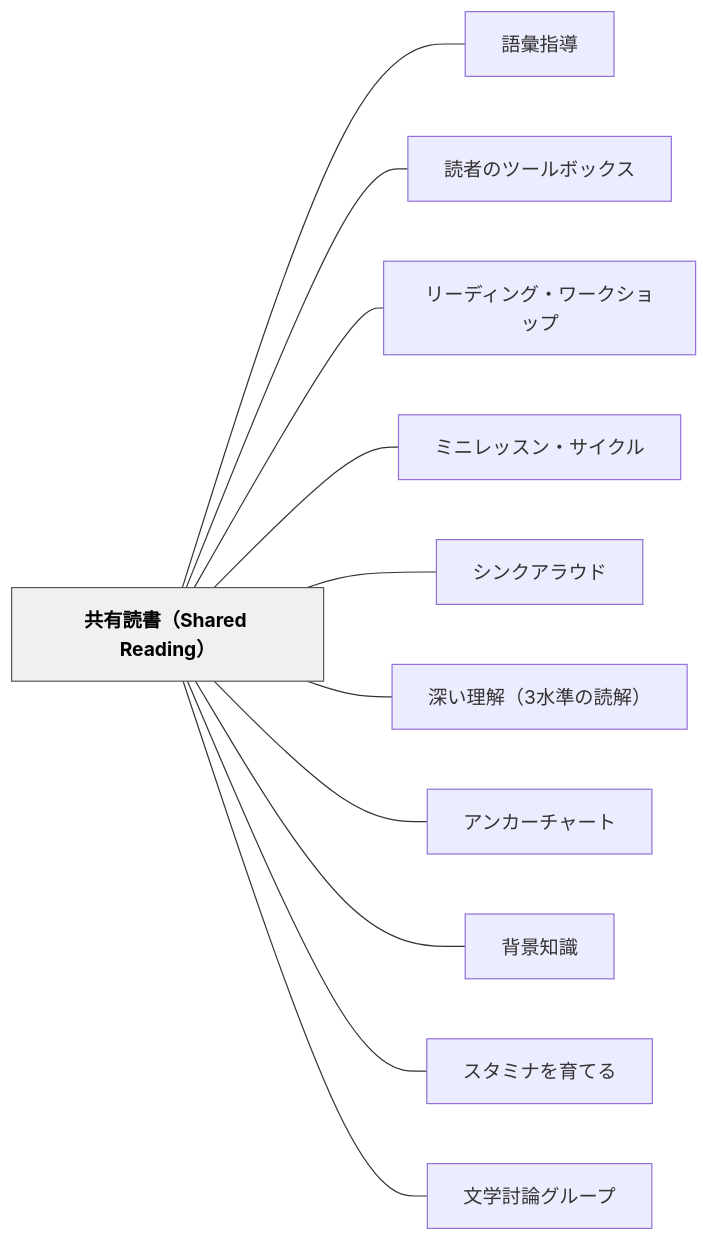
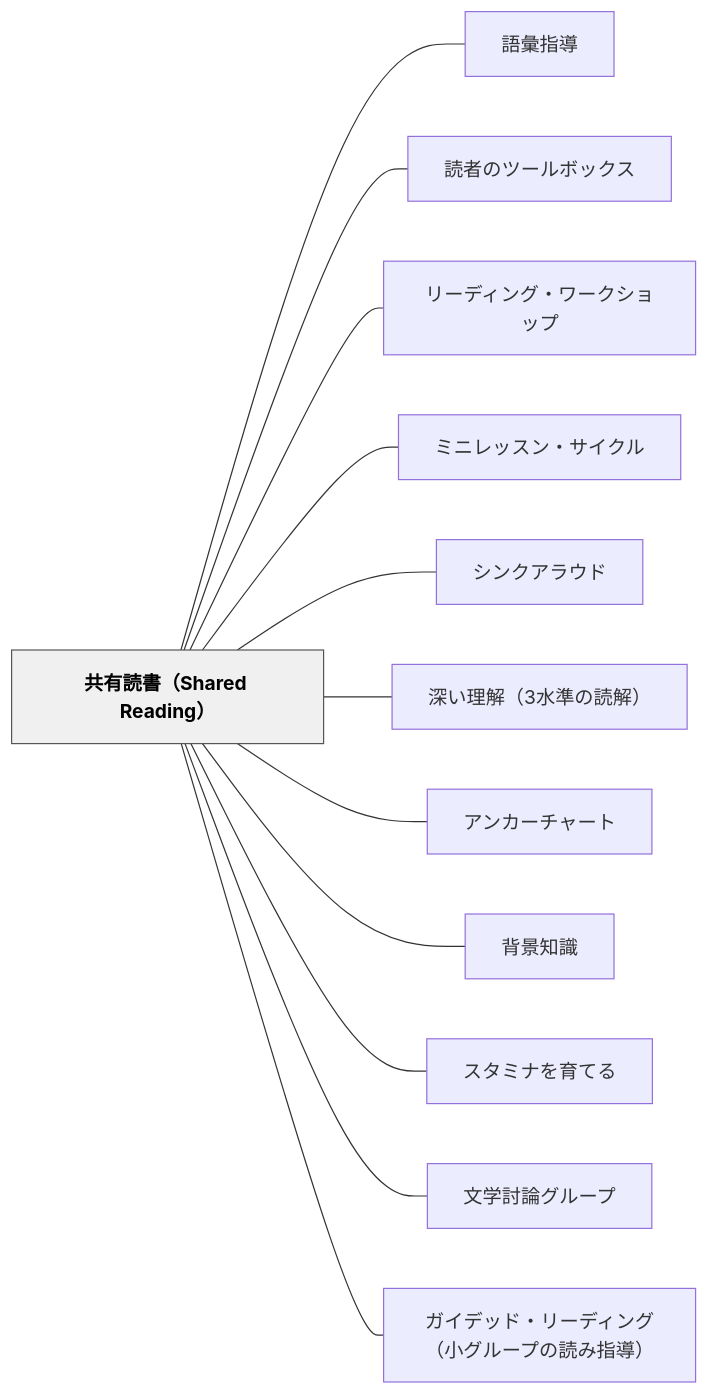
Before and after one commit to unknownthings-ed-patterns/unknownthings-ed-patterns: the diagram in content/パタン/共有読書（Shared Reading）.md, drawn with Mermaid. The commit also changed other lines of this file and 1 other file, not shown here.

Commit message:
auto: Obsidianから同期 2026-06-13 02:59

````diff
--- a/content/パタン/共有読書（Shared Reading）.md
+++ b/content/パタン/共有読書（Shared Reading）.md
@@ -185,28 +186,30 @@
 ```mermaid
 flowchart LR
     ne585b1e69c89e8aaade69bb8efbc885368617265642052656164696e67efbc89["共有読書（Shared Reading）"]
     ne8aa9ee5bd99e68c87e5b08e["語彙指導"]
     ne8aaade88085e381aee38384e383bce383abe3839ce38383e382afe382b9["読者のツールボックス"]
     ne383aae383bce38387e382a3e383b3e382b0e383bbe383afe383bce382afe382b7e383a7e38383e38397["リーディング・ワークショップ"]
     ne3839fe3838be383ace38383e382b9e383b3e383bbe382b5e382a4e382afe383ab["ミニレッスン・サイクル"]
     ne382b7e383b3e382afe382a2e383a9e382a6e38389["シンクアラウド"]
     ne6b7b1e38184e79086e8a7a3efbc8833e6b0b4e6ba96e381aee8aaade8a7a3efbc89["深い理解（3水準の読解）"]
     ne382a2e383b3e382abe383bce38381e383a3e383bce38388["アンカーチャート"]
     ne8838ce699afe79fa5e8ad98["背景知識"]
     ne382b9e382bfe3839fe3838ae38292e882b2e381a6e3828b["スタミナを育てる"]
     ne69687e5ada6e8a88ee8ab96e382b0e383abe383bce38397["文学討論グループ"]
+    ne382ace382a4e38387e38383e38389e383bbe383aae383bce38387e382a3e383b3e382b0efbc88e5b08fe382b0e383abe383bce38397e381aee8aaade381bfe68c87e5b08eefbc89["ガイデッド・リーディング（小グループの読み指導）"]
 
     ne585b1e69c89e8aaade69bb8efbc885368617265642052656164696e67efbc89 --- ne8aa9ee5bd99e68c87e5b08e
     ne585b1e69c89e8aaade69bb8efbc885368617265642052656164696e67efbc89 --- ne8aaade88085e381aee38384e383bce383abe3839ce38383e382afe382b9
     ne585b1e69c89e8aaade69bb8efbc885368617265642052656164696e67efbc89 --- ne383aae383bce38387e382a3e383b3e382b0e383bbe383afe383bce382afe382b7e383a7e38383e38397
     ne585b1e69c89e8aaade69bb8efbc885368617265642052656164696e67efbc89 --- ne3839fe3838be383ace38383e382b9e383b3e383bbe382b5e382a4e382afe383ab
     ne585b1e69c89e8aaade69bb8efbc885368617265642052656164696e67efbc89 --- ne382b7e383b3e382afe382a2e383a9e382a6e38389
     ne585b1e69c89e8aaade69bb8efbc885368617265642052656164696e67efbc89 --- ne6b7b1e38184e79086e8a7a3efbc8833e6b0b4e6ba96e381aee8aaade8a7a3efbc89
     ne585b1e69c89e8aaade69bb8efbc885368617265642052656164696e67efbc89 --- ne382a2e383b3e382abe383bce38381e383a3e383bce38388
     ne585b1e69c89e8aaade69bb8efbc885368617265642052656164696e67efbc89 --- ne8838ce699afe79fa5e8ad98
     ne585b1e69c89e8aaade69bb8efbc885368617265642052656164696e67efbc89 --- ne382b9e382bfe3839fe3838ae38292e882b2e381a6e3828b
     ne585b1e69c89e8aaade69bb8efbc885368617265642052656164696e67efbc89 --- ne69687e5ada6e8a88ee8ab96e382b0e383abe383bce38397
+    ne585b1e69c89e8aaade69bb8efbc885368617265642052656164696e67efbc89 --- ne382ace382a4e38387e38383e38389e383bbe383aae383bce38387e382a3e383b3e382b0efbc88e5b08fe382b0e383abe383bce38397e381aee8aaade381bfe68c87e5b08eefbc89
 
     classDef hub fill:#f0f0f0,stroke:#555,color:#000,font-weight:bold
     class ne585b1e69c89e8aaade69bb8efbc885368617265642052656164696e67efbc89 hub
 ```
````
